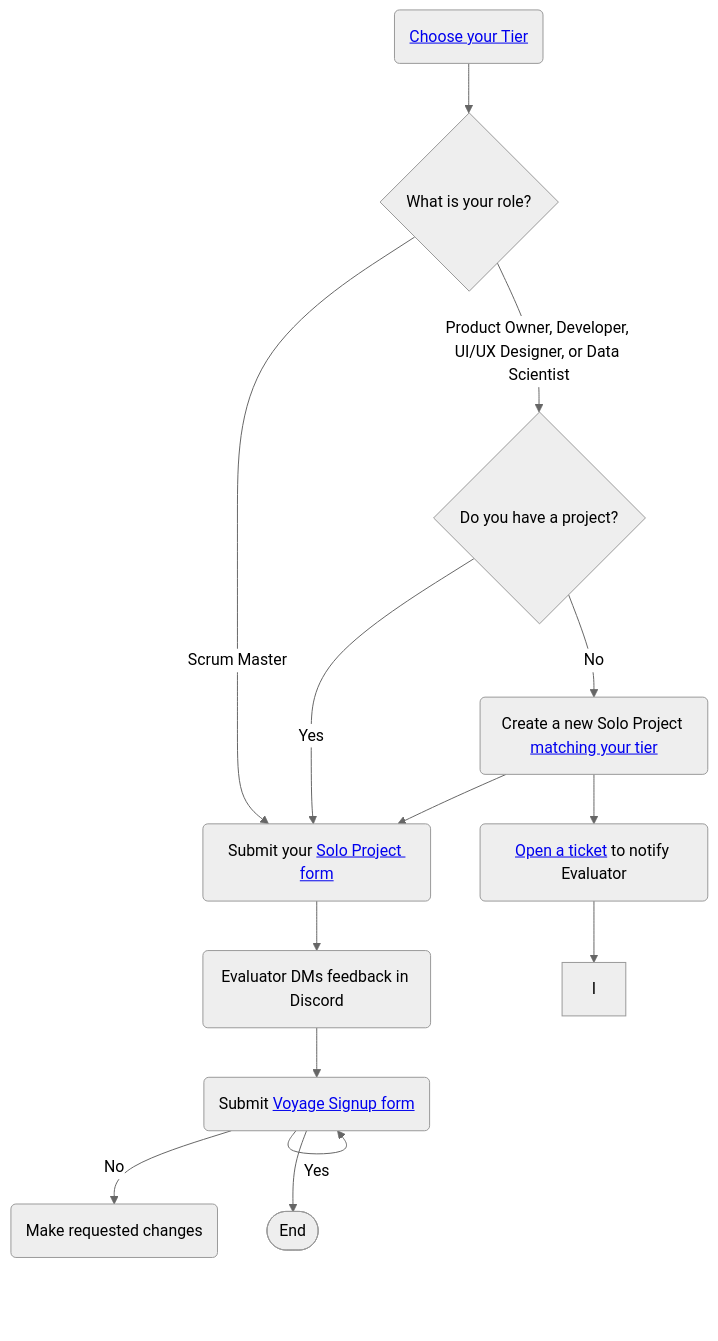
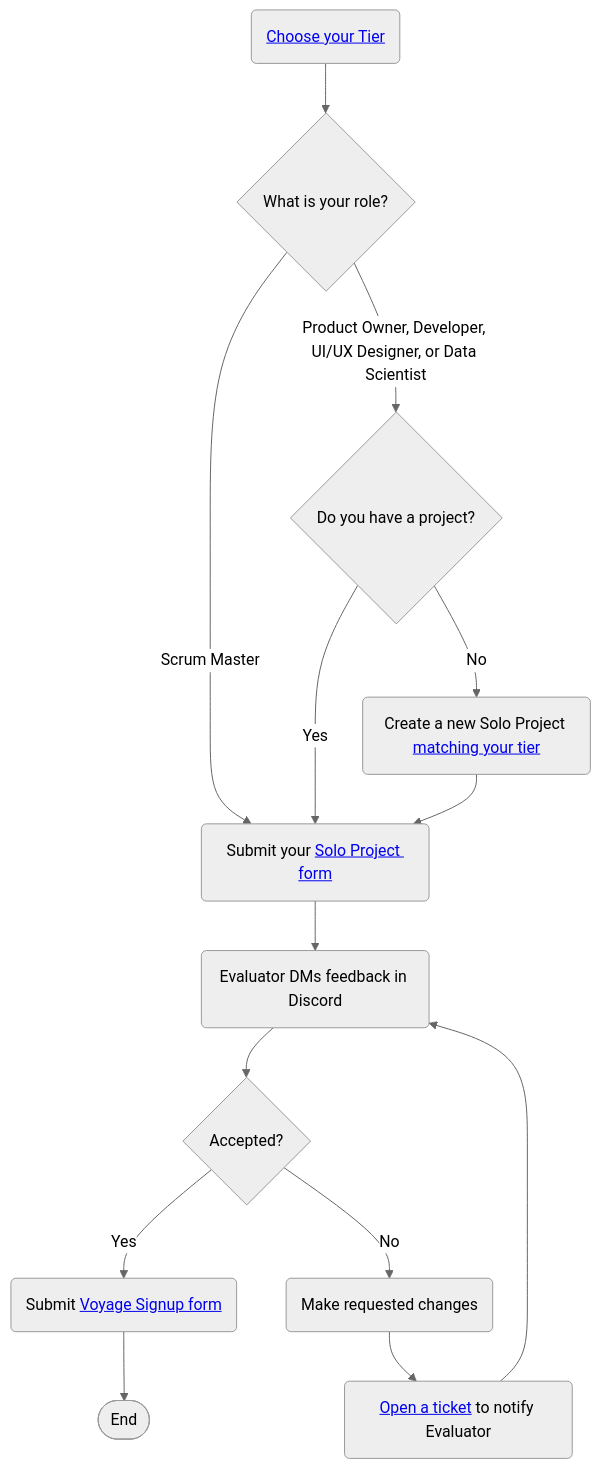
One commit to chingu-voyages/Handbook changed the diagram in docs/guides/soloproject/soloproject.md. Above: the diagram before and after it, drawn with Mermaid (neutral theme).

Commit message:
Feature: Refine Solo Project flowchart

````diff
--- a/docs/guides/soloproject/soloproject.md
+++ b/docs/guides/soloproject/soloproject.md
@@ -17,17 +17,17 @@
 ```mermaid
 graph TB
     A(<a href='https://github.com/chingu-voyages/Handbook/blob/main/docs/guides/soloproject/soloproject.md#1-choose-your-tier-1%EF%B8%8F%E2%83%A3-2%EF%B8%8F%E2%83%A3-3%EF%B8%8F%E2%83%A3'>Choose your Tier</a>) --> B{What is your role?}
     B -- Scrum Master --> G
     B -- Product Owner, Developer, UI/UX Designer, or Data Scientist --> F{Do you have a project?}
     F -- Yes --> G(Submit your <a href='https://forms.gle/D3Nu1VvfH3FDFBRr6'>Solo Project form</a>)
     F -- No --> H(Create a new Solo Project <a href='https://github.com/chingu-voyages/Handbook/blob/main/docs/guides/soloproject/soloproject.md#2-submit-a-project-that-matches-your-tier-'>matching your tier</a>)
     H --> G
     G --> J(Evaluator DMs feedback in Discord)
     J --> K{Accepted?};
-    K -- Yes --> K(Submit <a href='https://forms.gle/dFaNuYWAjARd99qo8' target='_blank'>Voyage Signup form</a>);
-    K -- No --> L(Make requested changes);
-    H --> M(<a href='https://discord.com/channels/330284646283608064/1193342042080817323' target='_blank'>Open a ticket</a> to notify Evaluator);
-    M --> I;
+    K -- Yes --> L(Submit <a href='https://forms.gle/dFaNuYWAjARd99qo8' target='_blank'>Voyage Signup form</a>);
+    K -- No --> M(Make requested changes);
+    M --> N(<a href='https://discord.com/channels/330284646283608064/1193342042080817323' target='_blank'>Open a ticket</a> to notify Evaluator);
+    N --> J;
 
-    K --> Z([End]);
+    L --> Z([End]);
 ```
````
